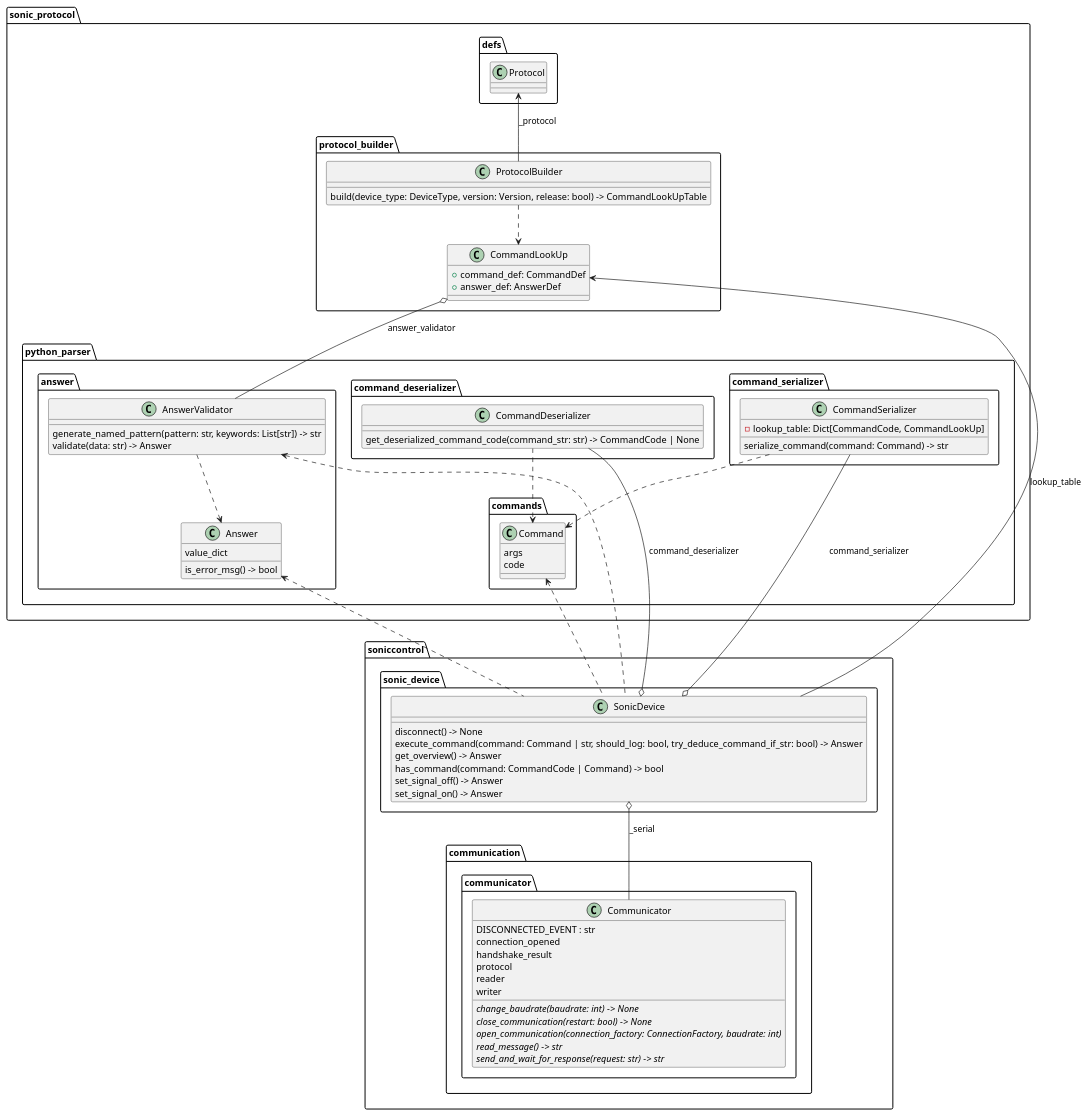
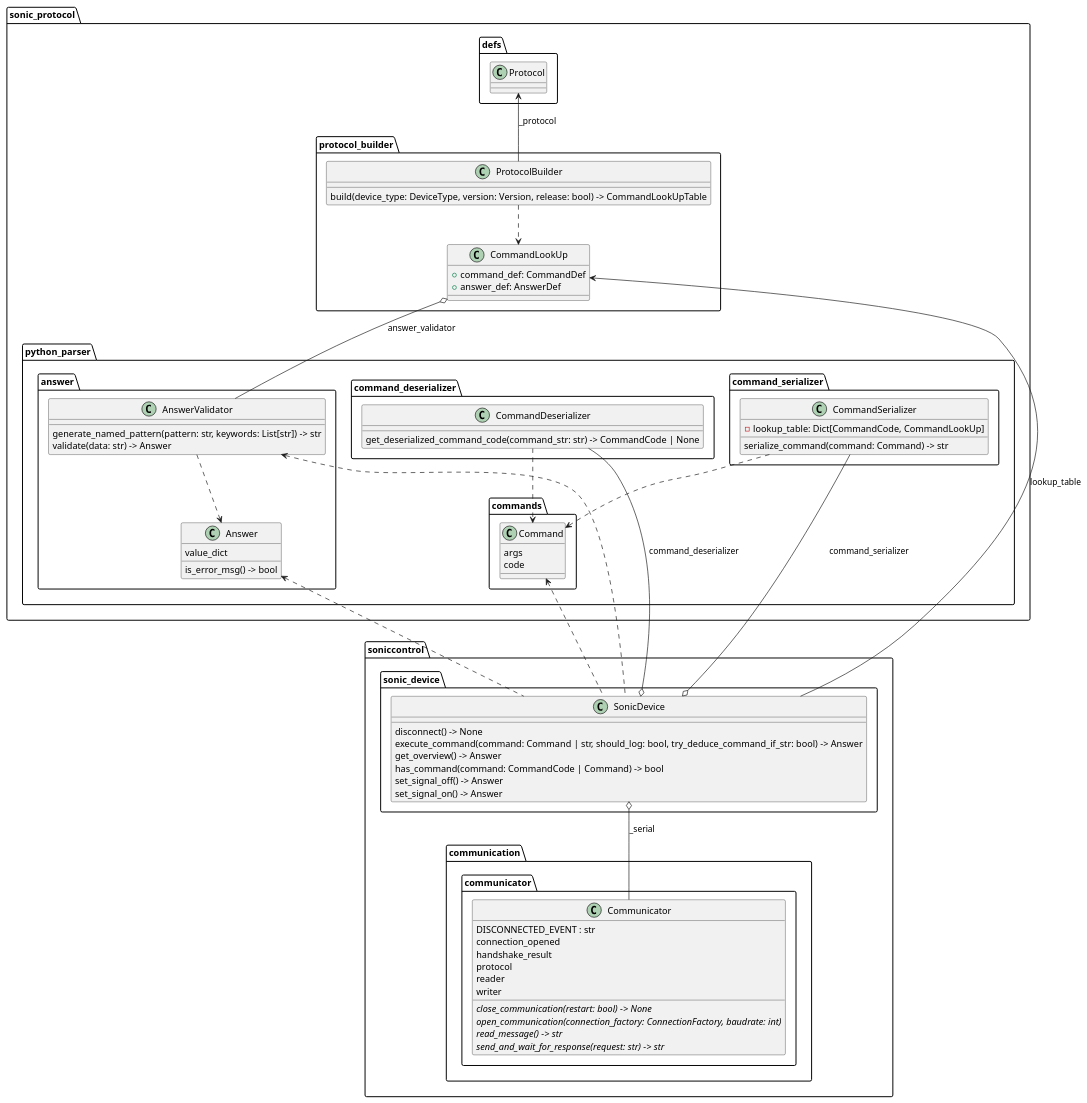
The diagram in docs/diagrams/soniccontrol/class_correspondence.puml (usepat/SW-soniccontrol), drawn with PlantUML before and after one commit. The commit also changed 13 other files, not shown here.

```diff
--- a/docs/diagrams/soniccontrol/class_correspondence.puml
+++ b/docs/diagrams/soniccontrol/class_correspondence.puml
@@ -1,80 +1,79 @@
 @startuml class_correspondence
 
 set separator . 
 top to bottom direction
 
 class "Answer" as sonic_protocol.python_parser.answer.Answer {
   value_dict
   is_error_msg() -> bool
 }
 
 class "AnswerValidator" as sonic_protocol.python_parser.answer.AnswerValidator {
   generate_named_pattern(pattern: str, keywords: List[str]) -> str
   validate(data: str) -> Answer
 }
 
 
 class "CommandDeserializer" as sonic_protocol.python_parser.command_deserializer.CommandDeserializer {
   get_deserialized_command_code(command_str: str) -> CommandCode | None
 }
 
 class "CommandSerializer" as sonic_protocol.python_parser.command_serializer.CommandSerializer {
   - lookup_table: Dict[CommandCode, CommandLookUp]
   serialize_command(command: Command) -> str
 }
 
 class "Command" as sonic_protocol.python_parser.commands.Command {
   args
   code
 }
 
 class "Protocol" as sonic_protocol.defs.Protocol {
 }
 
 class "ProtocolBuilder" as sonic_protocol.protocol_builder.ProtocolBuilder {
   build(device_type: DeviceType, version: Version, release: bool) -> CommandLookUpTable
 }
 
 class "CommandLookUp" as sonic_protocol.protocol_builder.CommandLookUp {
   + command_def: CommandDef
   + answer_def: AnswerDef
 }
 
 class "SonicDevice" as soniccontrol.sonic_device.SonicDevice {
   disconnect() -> None
   execute_command(command: Command | str, should_log: bool, try_deduce_command_if_str: bool) -> Answer
   get_overview() -> Answer
   has_command(command: CommandCode | Command) -> bool
   set_signal_off() -> Answer
   set_signal_on() -> Answer
 }
 
 class "Communicator" as soniccontrol.communication.communicator.Communicator {
   DISCONNECTED_EVENT : str
   connection_opened
   handshake_result
   protocol
   reader
   writer
-  {abstract}change_baudrate(baudrate: int) -> None
   {abstract}close_communication(restart: bool) -> None
   {abstract}open_communication(connection_factory: ConnectionFactory, baudrate: int)
   {abstract}read_message() -> str
   {abstract}send_and_wait_for_response(request: str) -> str
 }
 
 sonic_protocol.protocol_builder.ProtocolBuilder -u-> sonic_protocol.defs.Protocol : _protocol
 sonic_protocol.protocol_builder.ProtocolBuilder ..> sonic_protocol.protocol_builder.CommandLookUp
 soniccontrol.sonic_device.SonicDevice o-d- soniccontrol.communication.communicator.Communicator : _serial
 soniccontrol.sonic_device.SonicDevice o-u- sonic_protocol.python_parser.command_deserializer.CommandDeserializer : command_deserializer
 soniccontrol.sonic_device.SonicDevice o-u- sonic_protocol.python_parser.command_serializer.CommandSerializer : command_serializer
 soniccontrol.sonic_device.SonicDevice .u.> sonic_protocol.python_parser.answer.AnswerValidator
 soniccontrol.sonic_device.SonicDevice -u-> sonic_protocol.protocol_builder.CommandLookUp : lookup_table
 sonic_protocol.protocol_builder.CommandLookUp o-- sonic_protocol.python_parser.answer.AnswerValidator : answer_validator
 sonic_protocol.python_parser.command_deserializer.CommandDeserializer ..> sonic_protocol.python_parser.commands.Command
 sonic_protocol.python_parser.command_serializer.CommandSerializer ..> sonic_protocol.python_parser.commands.Command
 sonic_protocol.python_parser.answer.AnswerValidator ..> sonic_protocol.python_parser.answer.Answer
 soniccontrol.sonic_device.SonicDevice .u.> sonic_protocol.python_parser.answer.Answer
 soniccontrol.sonic_device.SonicDevice .u.> sonic_protocol.python_parser.commands.Command
 
 @enduml
```
